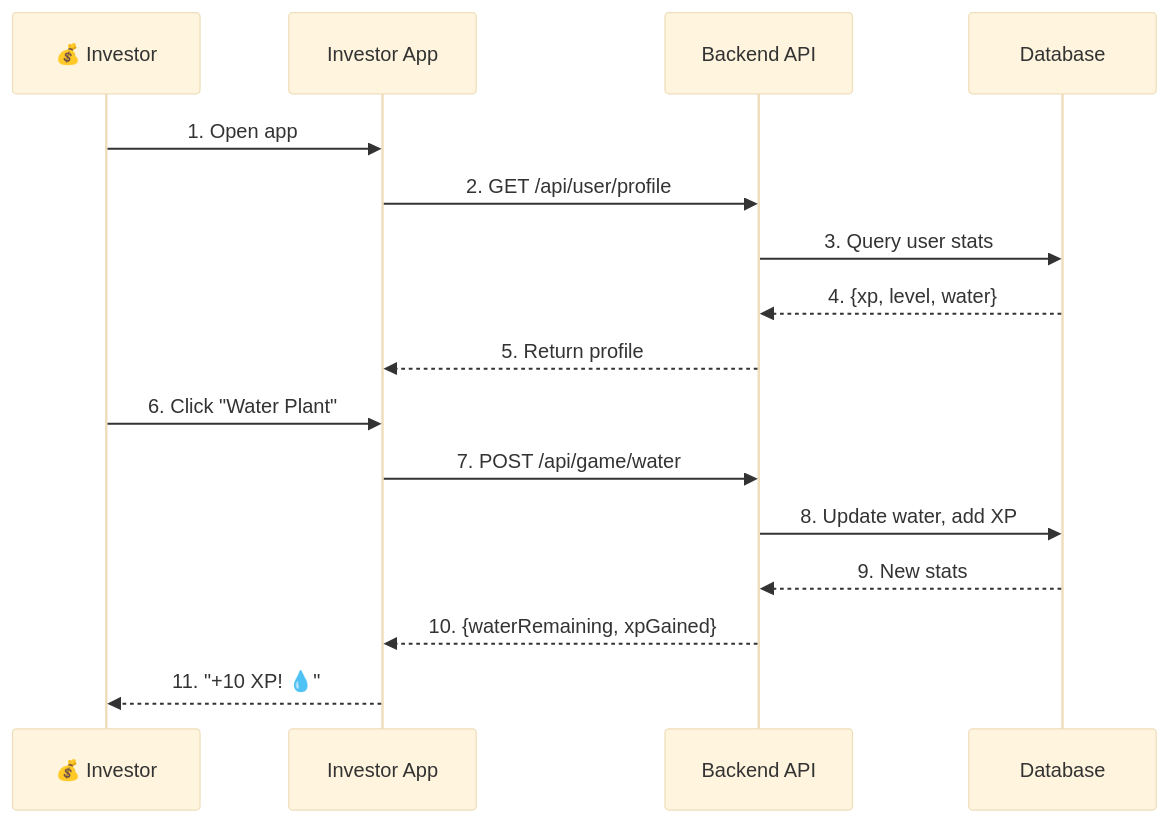
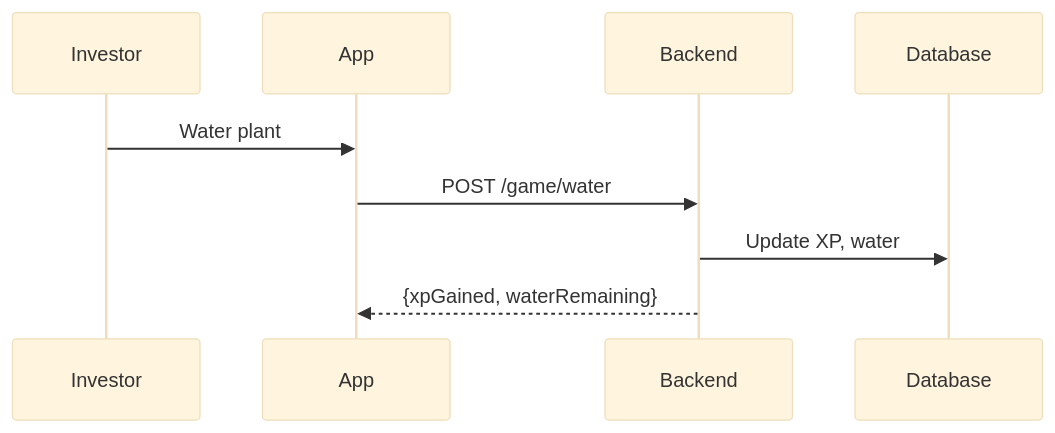
Before and after one commit to OwnaFarm/docs: the sixth of 7 diagrams in gitbook/technical/system-flow.md, drawn with Mermaid (base theme). The commit also changed other lines of this file and 17 other files, not shown here.

````diff
--- a/gitbook/technical/system-flow.md
+++ b/gitbook/technical/system-flow.md
@@ -192,21 +120,12 @@
 ```mermaid
 sequenceDiagram
-    participant I as 💰 Investor
-    participant FE as Investor App
-    participant BE as Backend API
+    participant I as Investor
+    participant FE as App
+    participant BE as Backend
     participant DB as Database
 
-    I->>FE: 1. Open app
-    FE->>BE: 2. GET /api/user/profile
-    BE->>DB: 3. Query user stats
-    DB-->>BE: 4. {xp, level, water}
-    BE-->>FE: 5. Return profile
-
-    I->>FE: 6. Click "Water Plant"
-    FE->>BE: 7. POST /api/game/water
-    BE->>DB: 8. Update water, add XP
-    DB-->>BE: 9. New stats
-    BE-->>FE: 10. {waterRemaining, xpGained}
-
-    FE-->>I: 11. "+10 XP! 💧"
+    I->>FE: Water plant
+    FE->>BE: POST /game/water
+    BE->>DB: Update XP, water
+    BE-->>FE: {xpGained, waterRemaining}
 ```
````
